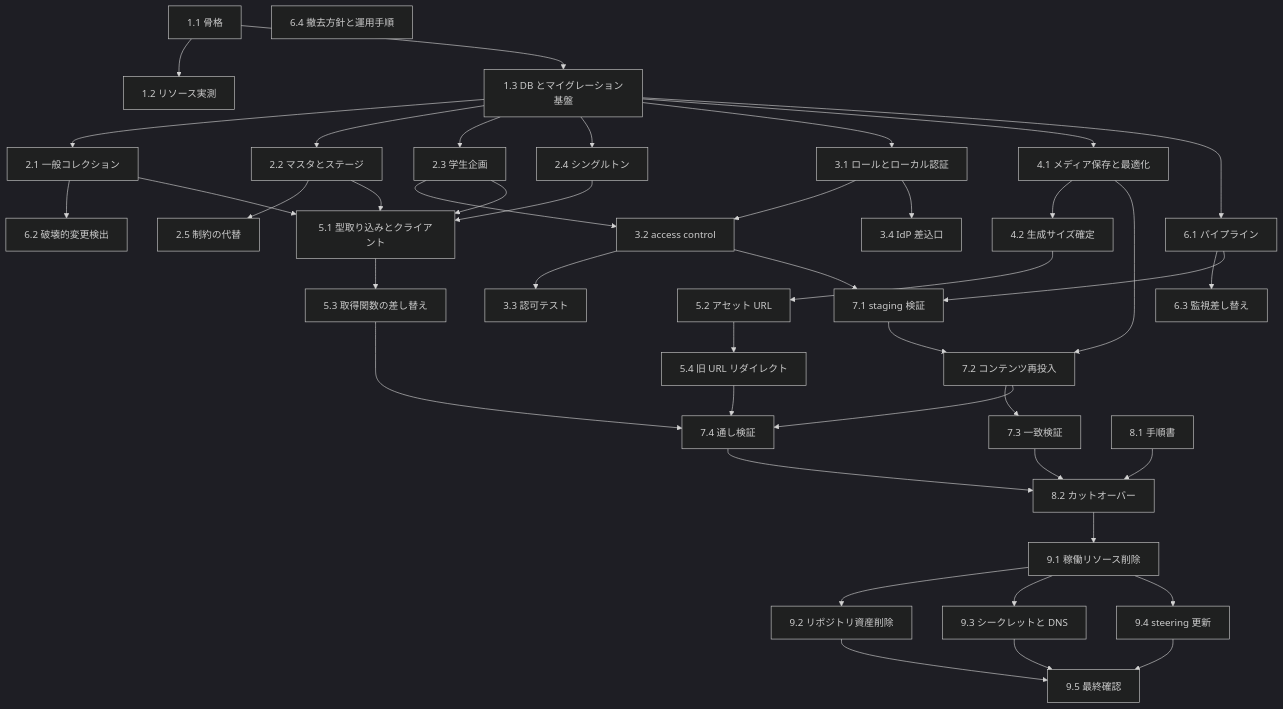
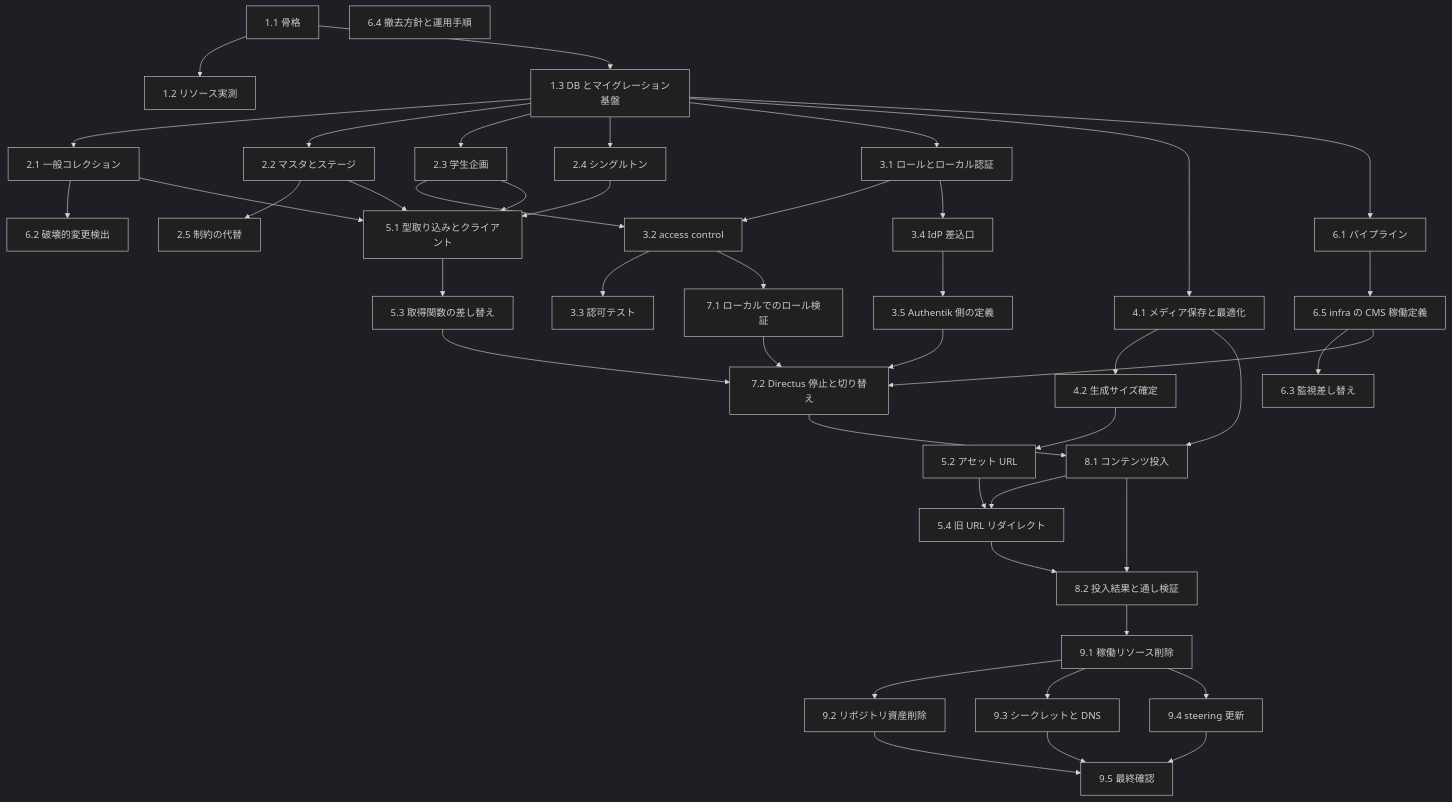
One commit to aramakisai/aramakisai-web changed the diagram in .kiro/specs/payload-cms-migration/tasks.md. Above: the diagram before and after it, drawn with Mermaid (dark theme). The commit also changed other lines of this file and 113 other files, not shown here.

First line of the commit message:
feat(cms): Directus から Payload CMS へ移行する

````diff
--- a/.kiro/specs/payload-cms-migration/tasks.md
+++ b/.kiro/specs/payload-cms-migration/tasks.md
@@ -26,79 +26,80 @@
 ```mermaid
 graph TB
     T11[1.1 骨格]
     T12[1.2 リソース実測]
     T13[1.3 DB とマイグレーション基盤]
     T21[2.1 一般コレクション]
     T22[2.2 マスタとステージ]
     T23[2.3 学生企画]
     T24[2.4 シングルトン]
     T25[2.5 制約の代替]
     T31[3.1 ロールとローカル認証]
     T32[3.2 access control]
     T33[3.3 認可テスト]
     T34[3.4 IdP 差込口]
+    T35[3.5 Authentik 側の定義]
     T41[4.1 メディア保存と最適化]
     T42[4.2 生成サイズ確定]
     T51[5.1 型取り込みとクライアント]
     T52[5.2 アセット URL]
     T53[5.3 取得関数の差し替え]
     T54[5.4 旧 URL リダイレクト]
     T61[6.1 パイプライン]
     T62[6.2 破壊的変更検出]
     T63[6.3 監視差し替え]
     T64[6.4 撤去方針と運用手順]
-    T71[7.1 staging 検証]
-    T72[7.2 コンテンツ再投入]
-    T73[7.3 一致検証]
-    T74[7.4 通し検証]
-    T81[8.1 手順書]
-    T82[8.2 カットオーバー]
+    T65[6.5 infra の CMS 稼働定義]
+    T71[7.1 ローカルでのロール検証]
+    T72[7.2 Directus 停止と切り替え]
+    T81[8.1 コンテンツ投入]
+    T82[8.2 投入結果と通し検証]
     T91[9.1 稼働リソース削除]
     T92[9.2 リポジトリ資産削除]
     T93[9.3 シークレットと DNS]
     T94[9.4 steering 更新]
     T95[9.5 最終確認]
 
     T11 --> T12
     T11 --> T13
     T13 --> T21
     T13 --> T22
     T13 --> T23
     T13 --> T24
     T13 --> T31
     T13 --> T41
     T13 --> T61
     T22 --> T25
     T23 --> T32
     T31 --> T32
     T31 --> T34
+    T34 --> T35
     T32 --> T33
     T32 --> T71
     T41 --> T42
     T42 --> T52
     T21 --> T62
-    T61 --> T63
-    T61 --> T71
+    T61 --> T65
+    T65 --> T63
+    T65 --> T72
+    T35 --> T72
     T21 --> T51
     T22 --> T51
     T23 --> T51
     T24 --> T51
     T51 --> T53
+    T53 --> T72
+    T71 --> T72
+    T72 --> T81
+    T41 --> T81
     T52 --> T54
-    T71 --> T72
-    T41 --> T72
-    T72 --> T73
-    T53 --> T74
-    T54 --> T74
-    T72 --> T74
-    T73 --> T82
-    T74 --> T82
+    T81 --> T54
+    T54 --> T82
     T81 --> T82
     T82 --> T91
     T91 --> T92
     T91 --> T93
     T91 --> T94
     T92 --> T95
     T93 --> T95
     T94 --> T95
 ```
````
